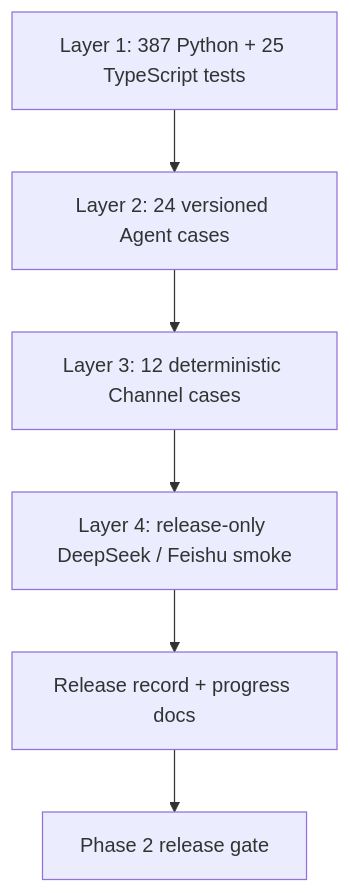
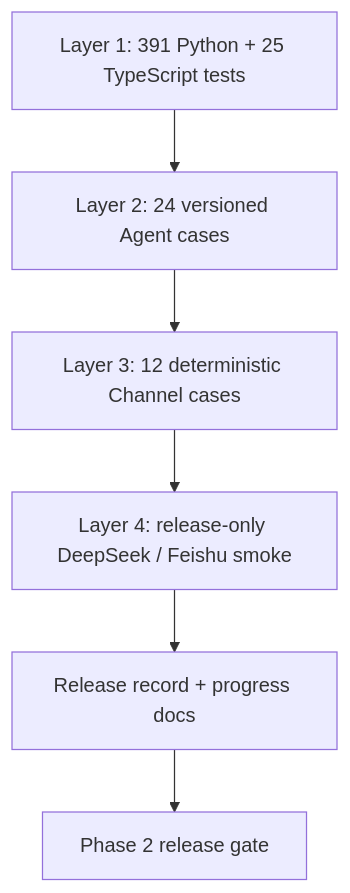
The first of 4 diagrams in docs/engineering/phase-2/testing-and-debugging.md (NEDONION/lobster0), drawn with Mermaid before and after one commit. The commit also changed other lines of this file and 20 other files, not shown here.

````diff
--- a/docs/engineering/phase-2/testing-and-debugging.md
+++ b/docs/engineering/phase-2/testing-and-debugging.md
@@ -22,8 +22,8 @@
 ```mermaid
 flowchart TB
-    UNIT["Layer 1: 387 Python + 25 TypeScript tests"] --> OFFLINE["Layer 2: 24 versioned Agent cases"]
+    UNIT["Layer 1: 391 Python + 25 TypeScript tests"] --> OFFLINE["Layer 2: 24 versioned Agent cases"]
     OFFLINE --> CHANNEL["Layer 3: 12 deterministic Channel cases"]
     CHANNEL --> LIVE["Layer 4: release-only DeepSeek / Feishu smoke"]
     LIVE --> DOC["Release record + progress docs"]
     DOC --> RELEASE["Phase 2 release gate"]
 ```
````
